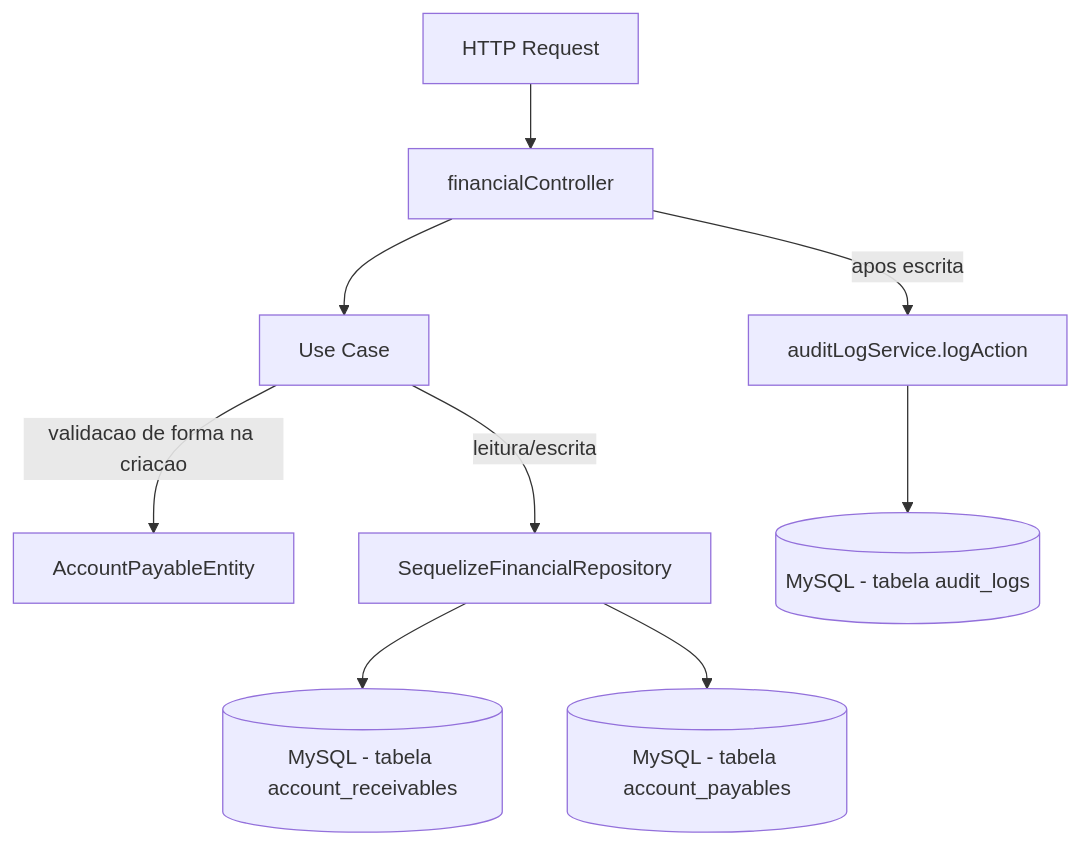
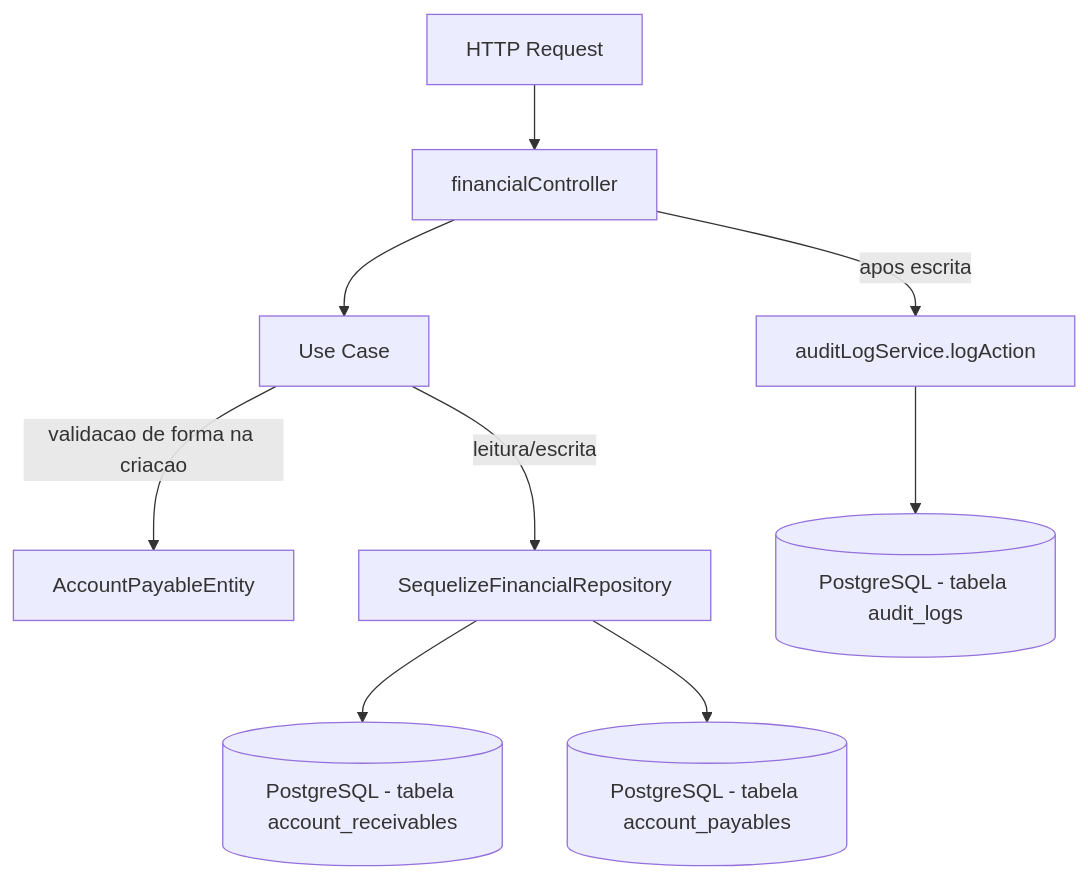
The diagram in server/src/modules/financial/README.md (RomulosouzaEvok/ERP-EVOK-AUDIO-LTDA), drawn with Mermaid before and after one commit. The commit also changed other lines of this file and 452 other files, not shown here.

Commit message:
chore: consolidate TypeScript backend and Blackbox roadmap

````diff
--- a/server/src/modules/financial/README.md
+++ b/server/src/modules/financial/README.md
@@ -146,11 +146,11 @@
 ```mermaid
 flowchart TD
   A[HTTP Request] --> B[financialController]
   B --> C[Use Case]
   C -->|validacao de forma na criacao| D[AccountPayableEntity]
   C -->|leitura/escrita| E[SequelizeFinancialRepository]
-  E --> F[(MySQL - tabela account_receivables)]
-  E --> G[(MySQL - tabela account_payables)]
+  E --> F[(PostgreSQL - tabela account_receivables)]
+  E --> G[(PostgreSQL - tabela account_payables)]
   B -->|apos escrita| H[auditLogService.logAction]
-  H --> I[(MySQL - tabela audit_logs)]
+  H --> I[(PostgreSQL - tabela audit_logs)]
 ```
````
